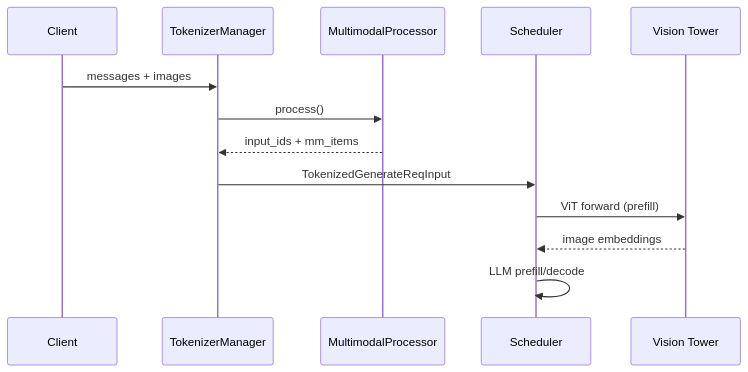
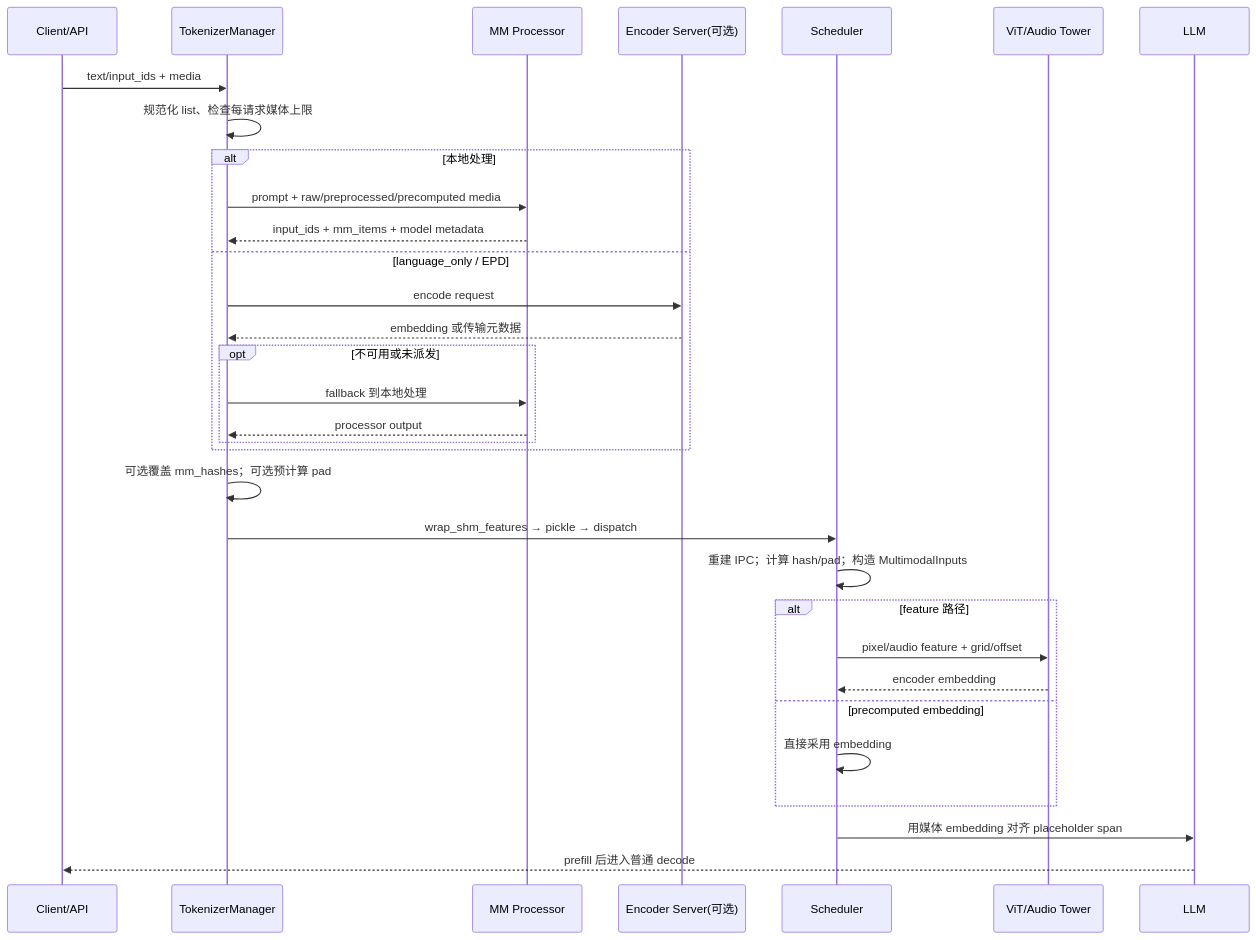
One commit to OnlyHero5/sglang-reading-vault changed the first of 2 diagrams in sglang_reading/扩展组件/多模态/SGLang-多模态-数据流.md. Above: the diagram before and after it, drawn with Mermaid. The commit also changed other lines of this file and 512 other files, not shown here.

````diff
--- a/sglang_reading/扩展组件/多模态/SGLang-多模态-数据流.md
+++ b/sglang_reading/扩展组件/多模态/SGLang-多模态-数据流.md
@@ -22,16 +33,35 @@
 ```mermaid
 sequenceDiagram
- participant Client
- participant TM as TokenizerManager
- participant MP as MultimodalProcessor
- participant S as Scheduler
- participant V as Vision Tower
+    participant C as Client/API
+    participant T as TokenizerManager
+    participant P as MM Processor
+    participant E as Encoder Server(可选)
+    participant S as Scheduler
+    participant V as ViT/Audio Tower
+    participant L as LLM
 
- Client->>TM: messages + images
- TM->>MP: process()
- MP-->>TM: input_ids + mm_items
- TM->>S: TokenizedGenerateReqInput
- S->>V: ViT forward (prefill)
- V-->>S: image embeddings
- S->>S: LLM prefill/decode
+    C->>T: text/input_ids + media
+    T->>T: 规范化 list、检查每请求媒体上限
+    alt 本地处理
+        T->>P: prompt + raw/preprocessed/precomputed media
+        P-->>T: input_ids + mm_items + model metadata
+    else language_only / EPD
+        T->>E: encode request
+        E-->>T: embedding 或传输元数据
+        opt 不可用或未派发
+            T->>P: fallback 到本地处理
+            P-->>T: processor output
+        end
+    end
+    T->>T: 可选覆盖 mm_hashes；可选预计算 pad
+    T->>S: wrap_shm_features → pickle → dispatch
+    S->>S: 重建 IPC；计算 hash/pad；构造 MultimodalInputs
+    alt feature 路径
+        S->>V: pixel/audio feature + grid/offset
+        V-->>S: encoder embedding
+    else precomputed embedding
+        S->>S: 直接采用 embedding
+    end
+    S->>L: 用媒体 embedding 对齐 placeholder span
+    L-->>C: prefill 后进入普通 decode
 ```
````
